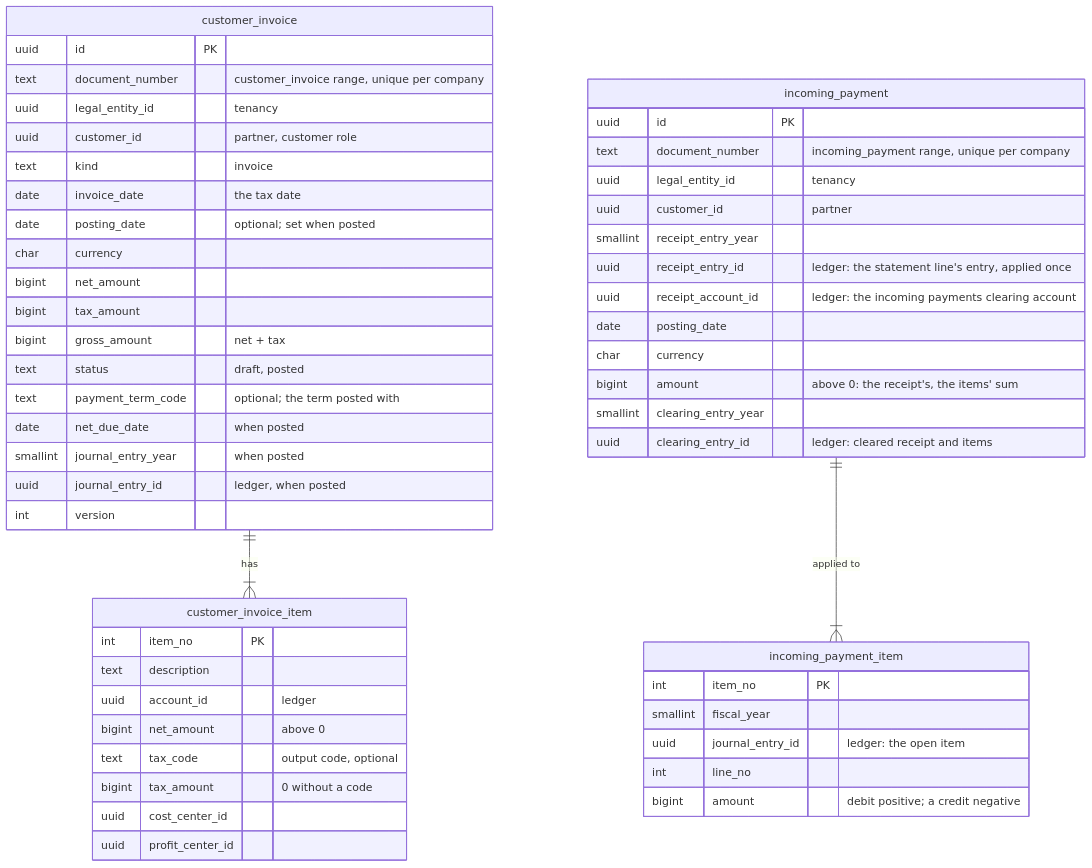
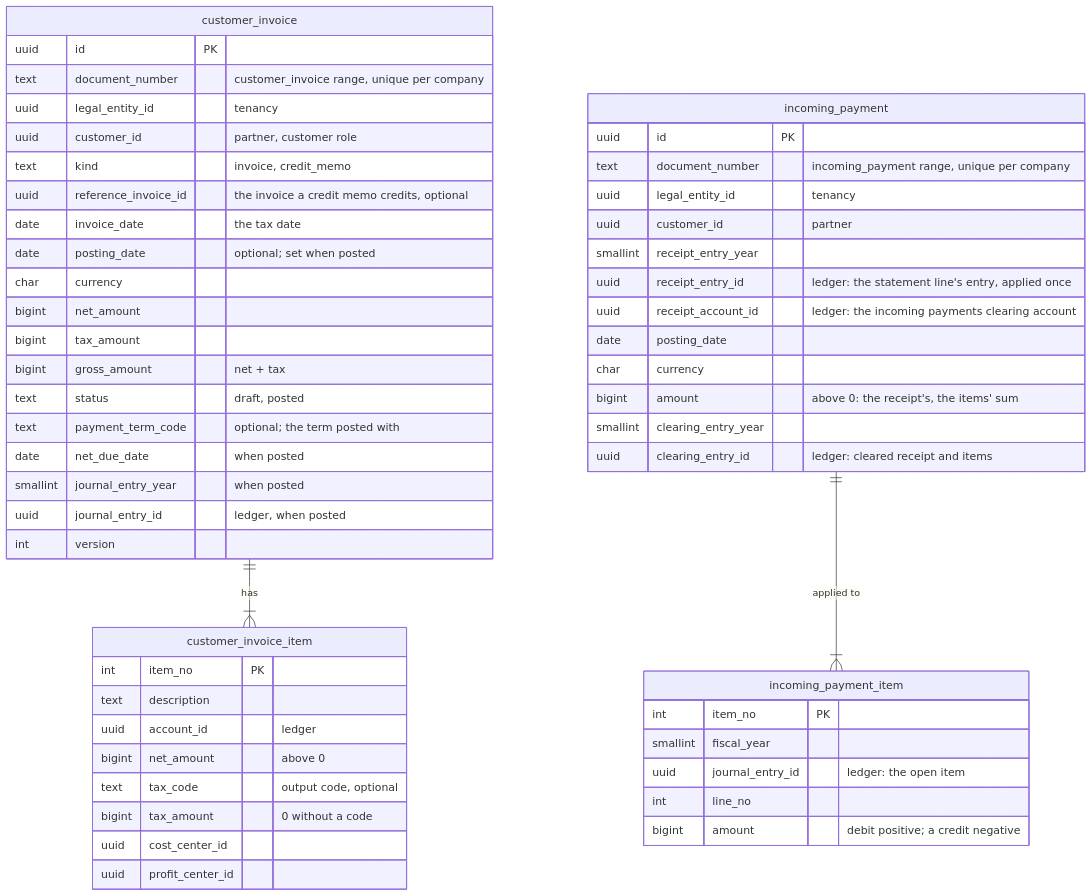
One commit to mustie7iy/agentic-erp changed diagram 14 of 14 in docs/design/03-data-model.md. Above: the diagram before and after it, drawn with Mermaid. The commit also changed other lines of this file and 31 other files, not shown here.

````diff
--- a/docs/design/03-data-model.md
+++ b/docs/design/03-data-model.md
@@ -4010,47 +4018,48 @@
 ```mermaid
 erDiagram
   customer_invoice ||--|{ customer_invoice_item : "has"
   customer_invoice { uuid id PK
     text document_number "customer_invoice range, unique per company"
     uuid legal_entity_id "tenancy"
     uuid customer_id "partner, customer role"
-    text kind "invoice"
+    text kind "invoice, credit_memo"
+    uuid reference_invoice_id "the invoice a credit memo credits, optional"
     date invoice_date "the tax date"
     date posting_date "optional; set when posted"
     char currency
     bigint net_amount
     bigint tax_amount
     bigint gross_amount "net + tax"
     text status "draft, posted"
     text payment_term_code "optional; the term posted with"
     date net_due_date "when posted"
     smallint journal_entry_year "when posted"
     uuid journal_entry_id "ledger, when posted"
     int version }
   customer_invoice_item { int item_no PK
     text description
     uuid account_id "ledger"
     bigint net_amount "above 0"
     text tax_code "output code, optional"
     bigint tax_amount "0 without a code"
     uuid cost_center_id
     uuid profit_center_id }
   incoming_payment ||--|{ incoming_payment_item : "applied to"
   incoming_payment { uuid id PK
     text document_number "incoming_payment range, unique per company"
     uuid legal_entity_id "tenancy"
     uuid customer_id "partner"
     smallint receipt_entry_year
     uuid receipt_entry_id "ledger: the statement line's entry, applied once"
     uuid receipt_account_id "ledger: the incoming payments clearing account"
     date posting_date
     char currency
     bigint amount "above 0: the receipt's, the items' sum"
     smallint clearing_entry_year
     uuid clearing_entry_id "ledger: cleared receipt and items" }
   incoming_payment_item { int item_no PK
     smallint fiscal_year
     uuid journal_entry_id "ledger: the open item"
     int line_no
     bigint amount "debit positive; a credit negative" }
 ```
````
